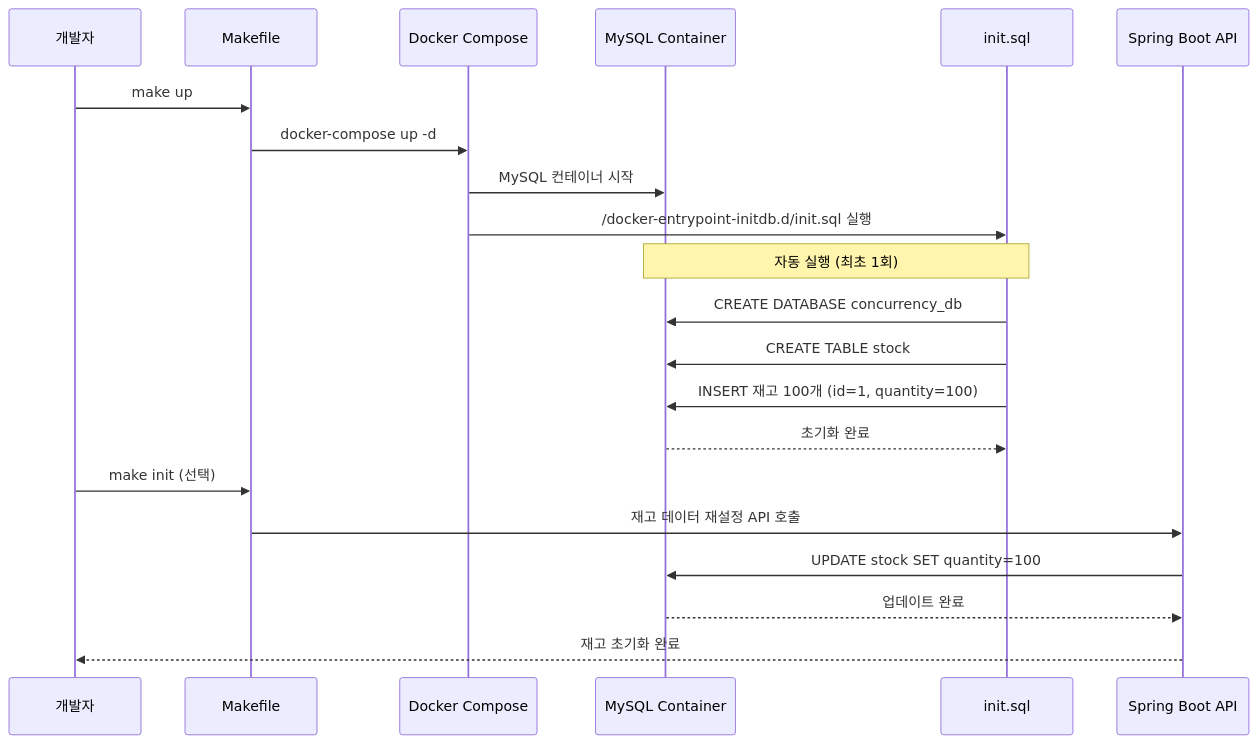
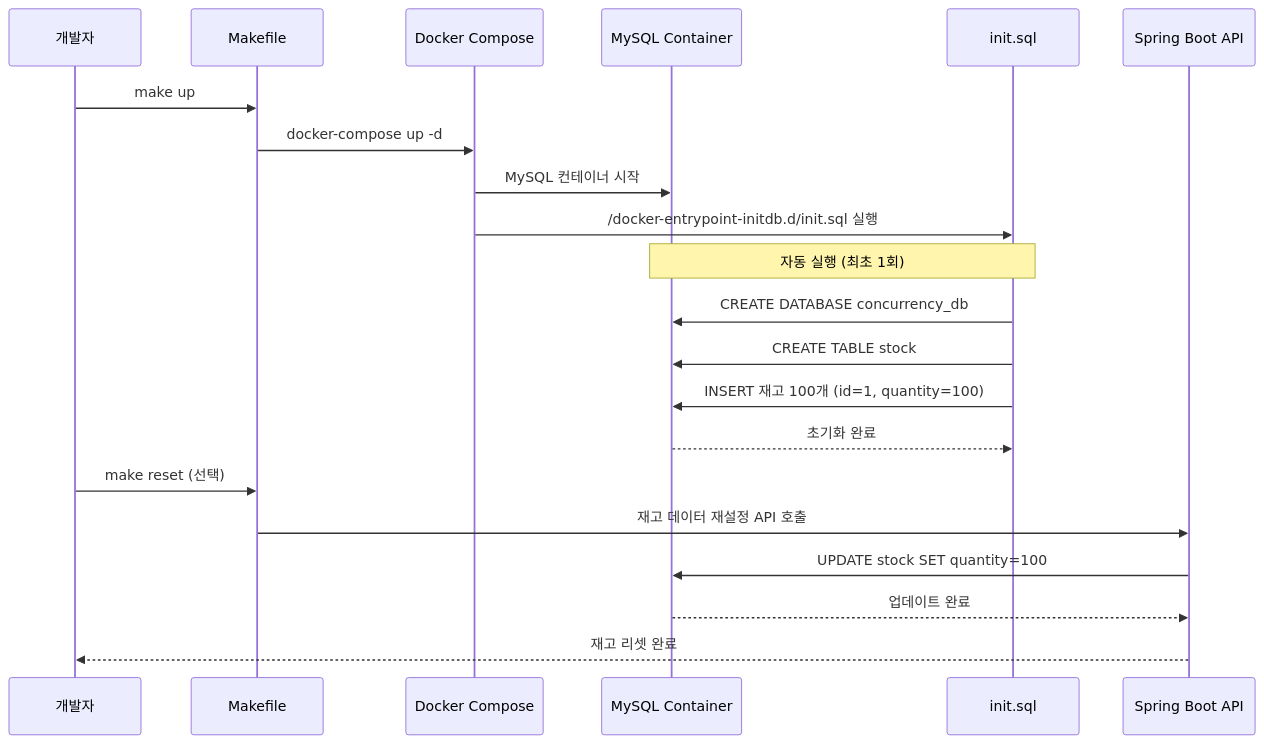
The third of 6 diagrams in docs/architecture/infrastructure.md (JuJin1324/concurrency-control-poc), drawn with Mermaid before and after one commit. The commit also changed other lines of this file and 5 other files, not shown here.

````diff
--- a/docs/architecture/infrastructure.md
+++ b/docs/architecture/infrastructure.md
@@ -76,27 +76,27 @@
 ```mermaid
 sequenceDiagram
     participant Dev as 개발자
     participant Make as Makefile
     participant Docker as Docker Compose
     participant MySQL as MySQL Container
     participant Script as init.sql
     participant API as Spring Boot API
 
     Dev->>Make: make up
     Make->>Docker: docker-compose up -d
     Docker->>MySQL: MySQL 컨테이너 시작
     Docker->>Script: /docker-entrypoint-initdb.d/init.sql 실행
 
     Note over MySQL,Script: 자동 실행 (최초 1회)
 
     Script->>MySQL: CREATE DATABASE concurrency_db
     Script->>MySQL: CREATE TABLE stock
     Script->>MySQL: INSERT 재고 100개 (id=1, quantity=100)
     MySQL-->>Script: 초기화 완료
 
-    Dev->>Make: make init (선택)
+    Dev->>Make: make reset (선택)
     Make->>API: 재고 데이터 재설정 API 호출
     API->>MySQL: UPDATE stock SET quantity=100
     MySQL-->>API: 업데이트 완료
-    API-->>Dev: 재고 초기화 완료
+    API-->>Dev: 재고 리셋 완료
 ```
````
